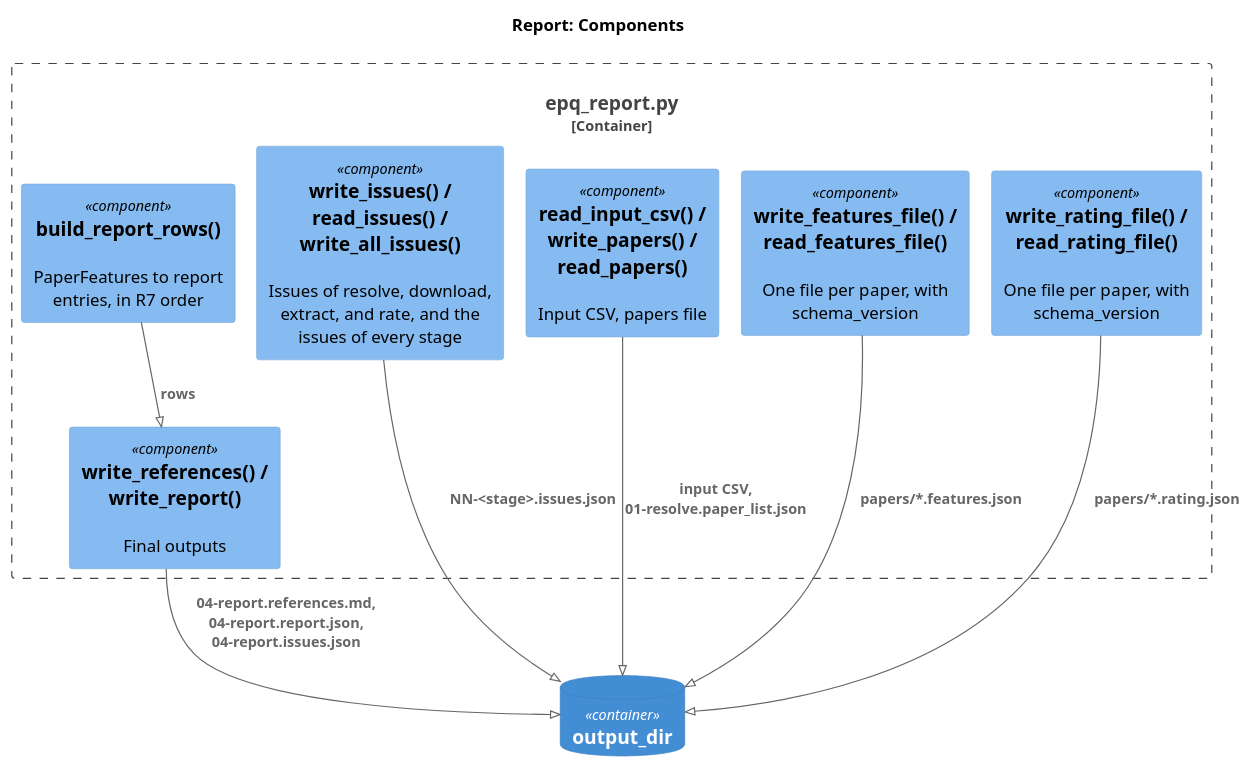
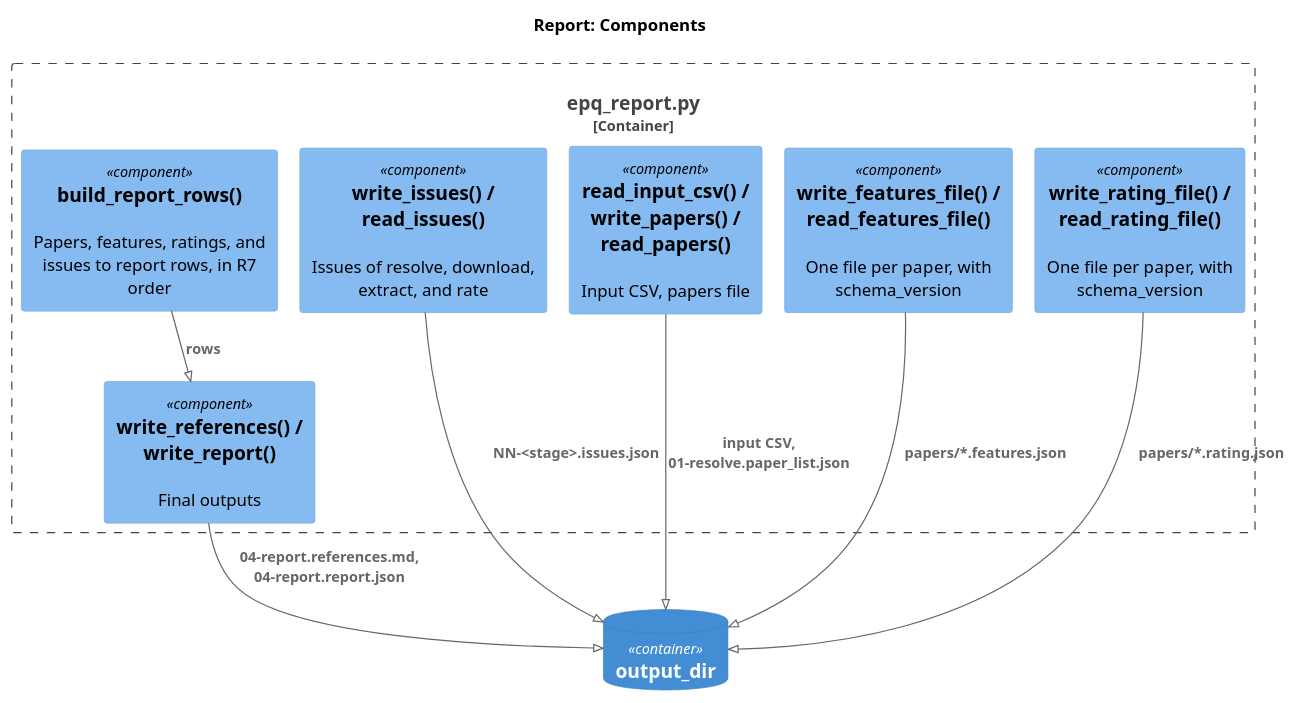
The diagram in research/Estimate_academic_paper_quality/docs/02.7-design.report.md (gpsaggese/gpsaggese.github.io), drawn with PlantUML before and after one commit. The commit also changed other lines of this file and 21 other files, not shown here.

````diff
--- a/research/Estimate_academic_paper_quality/docs/02.7-design.report.md
+++ b/research/Estimate_academic_paper_quality/docs/02.7-design.report.md
@@ -47,21 +47,21 @@
 ```plantuml
 !pragma layout smetana
 !include <C4/C4_Component>
 LAYOUT_TOP_DOWN()
 title Report: Components
 Container_Boundary(r, "epq_report.py") {
-  Component(state, "write_issues() / read_issues() / write_all_issues()", "", "Issues of resolve, download, extract, and rate, and the issues of every stage")
+  Component(state, "write_issues() / read_issues()", "", "Issues of resolve, download, extract, and rate")
   Component(csvs, "read_input_csv() / write_papers() / read_papers()", "", "Input CSV, papers file")
   Component(feat, "write_features_file() / read_features_file()", "", "One file per paper, with schema_version")
   Component(rating, "write_rating_file() / read_rating_file()", "", "One file per paper, with schema_version")
-  Component(rows, "build_report_rows()", "", "PaperFeatures to report entries, in R7 order")
+  Component(rows, "build_report_rows()", "", "Papers, features, ratings, and issues to report rows, in R7 order")
   Component(out, "write_references() / write_report()", "", "Final outputs")
 }
 ContainerDb(dir, "output_dir", "", "")
 Rel(state, dir, "NN-<stage>.issues.json")
 Rel(csvs, dir, "input CSV, 01-resolve.paper_list.json")
 Rel(feat, dir, "papers/*.features.json")
 Rel(rating, dir, "papers/*.rating.json")
 Rel(rows, out, "rows")
-Rel(out, dir, "04-report.references.md, 04-report.report.json, 04-report.issues.json")
+Rel(out, dir, "04-report.references.md, 04-report.report.json")
 ```
````
